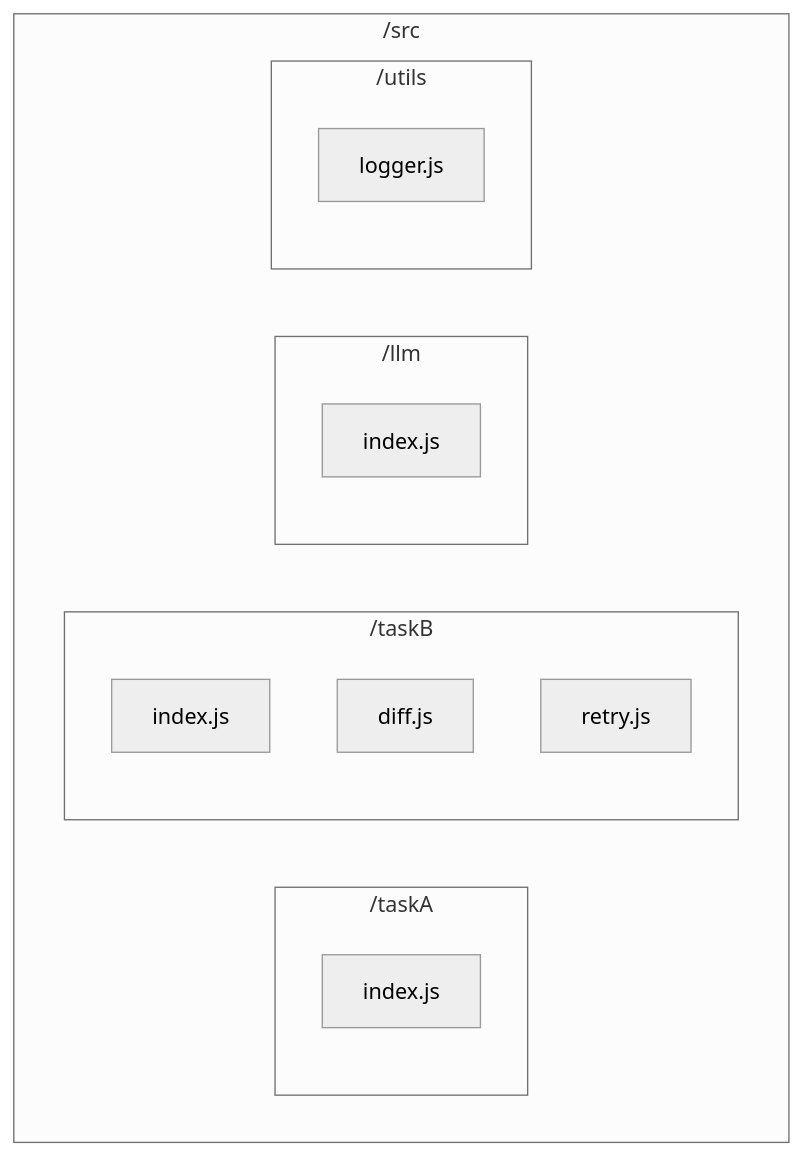
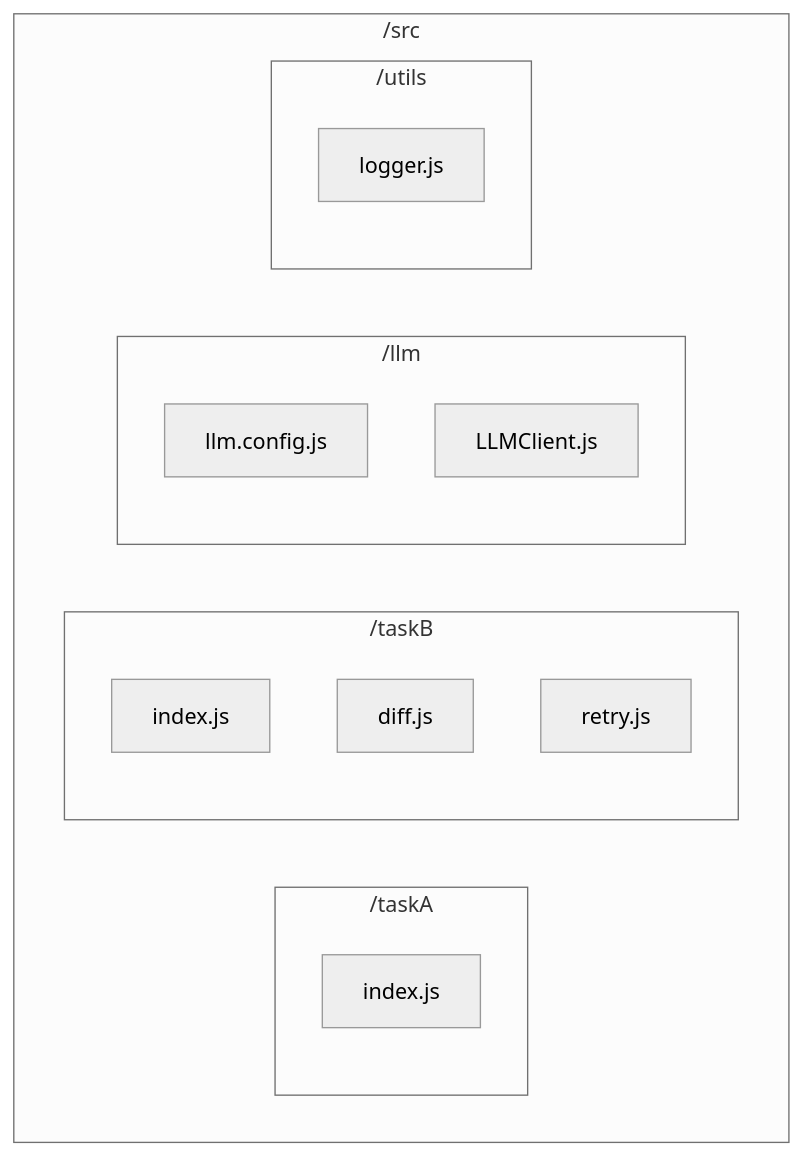
One commit to noizzhack1/BrowseMate changed the eighth of 9 diagrams in plan/project-description.md. Above: the diagram before and after it, drawn with Mermaid (neutral theme). The commit also changed other lines of this file and 14 other files, not shown here.

````diff
--- a/plan/project-description.md
+++ b/plan/project-description.md
@@ -386,19 +386,20 @@
 ```mermaid
 flowchart TB
     subgraph src["/src"]
         subgraph taskA["/taskA"]
             A1[index.js]
         end
         subgraph taskB["/taskB"]
             B1[index.js]
             B2[diff.js]
             B3[retry.js]
         end
         subgraph llm["/llm"]
-            L1[index.js]
+            L1[llm.config.js]
+            L2[LLMClient.js]
         end
         subgraph utils["/utils"]
             U1[logger.js]
         end
     end
 ```
````
